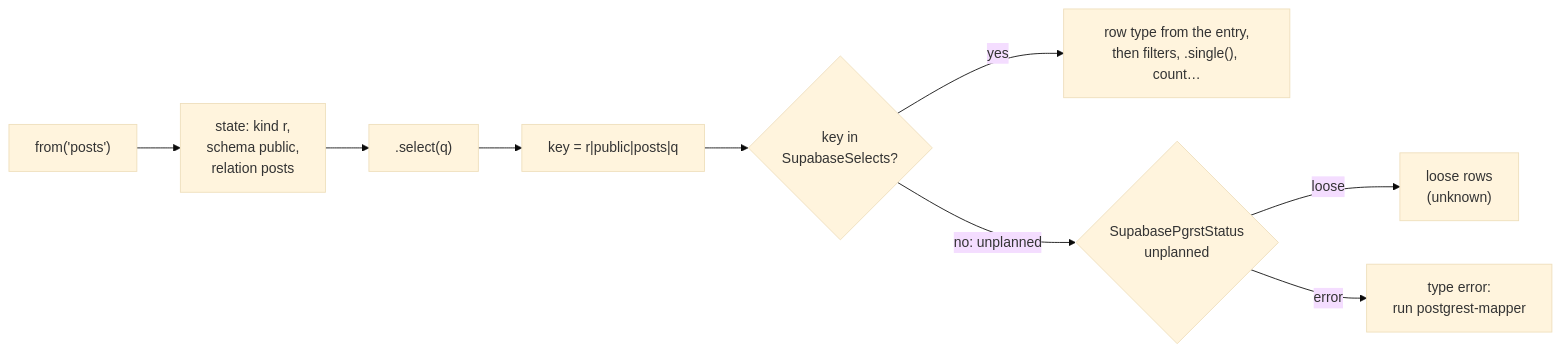
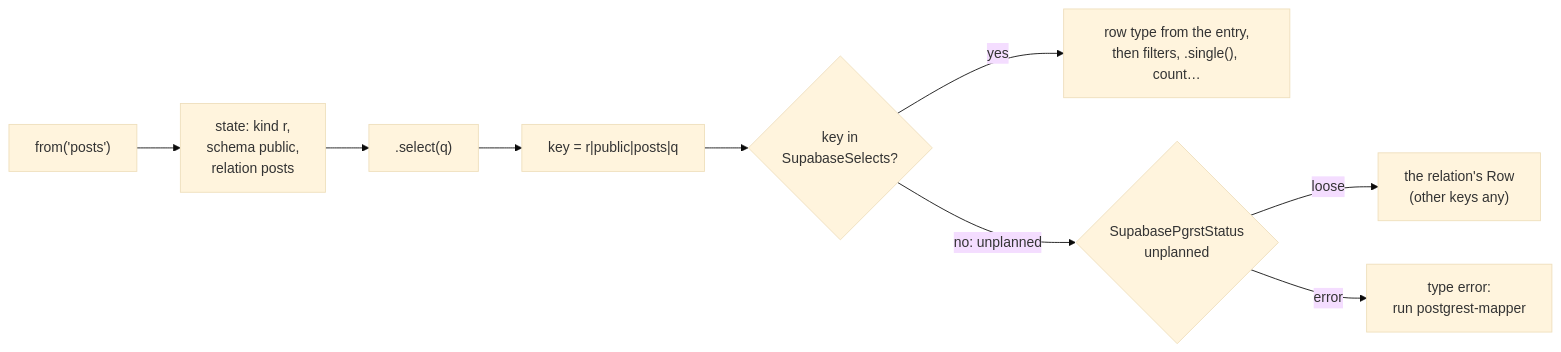
Before and after one commit to supabase/supabase-js: the second of 5 diagrams in docs/PLANNER_TYPES.md, drawn with Mermaid (base theme). The commit also changed other lines of this file, not shown here.

````diff
--- a/docs/PLANNER_TYPES.md
+++ b/docs/PLANNER_TYPES.md
@@ -161,11 +161,11 @@
 ```mermaid
 flowchart LR
   a["from('posts')"] --> b["state: kind r,<br/>schema public,<br/>relation posts"]
   b --> c[".select(q)"]
   c --> d["key = r|public|posts|q"]
   d --> e{"key in<br/>SupabaseSelects?"}
   e -- yes --> f["row type from the entry,<br/>then filters, .single(), count…"]
   e -- "no: unplanned" --> g{"SupabasePgrstStatus<br/>unplanned"}
-  g -- loose --> h["loose rows<br/>(unknown)"]
+  g -- loose --> h["the relation's Row<br/>(other keys any)"]
   g -- error --> i["type error:<br/>run postgrest-mapper"]
 ```
````
